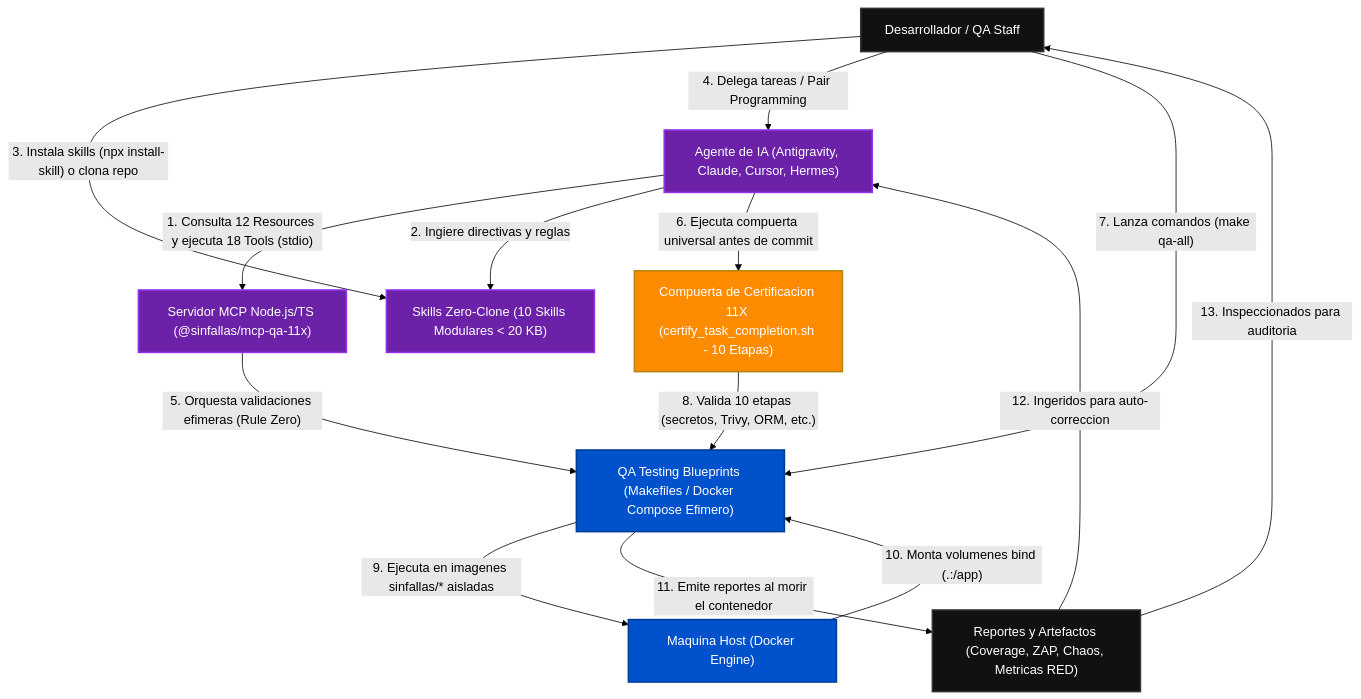
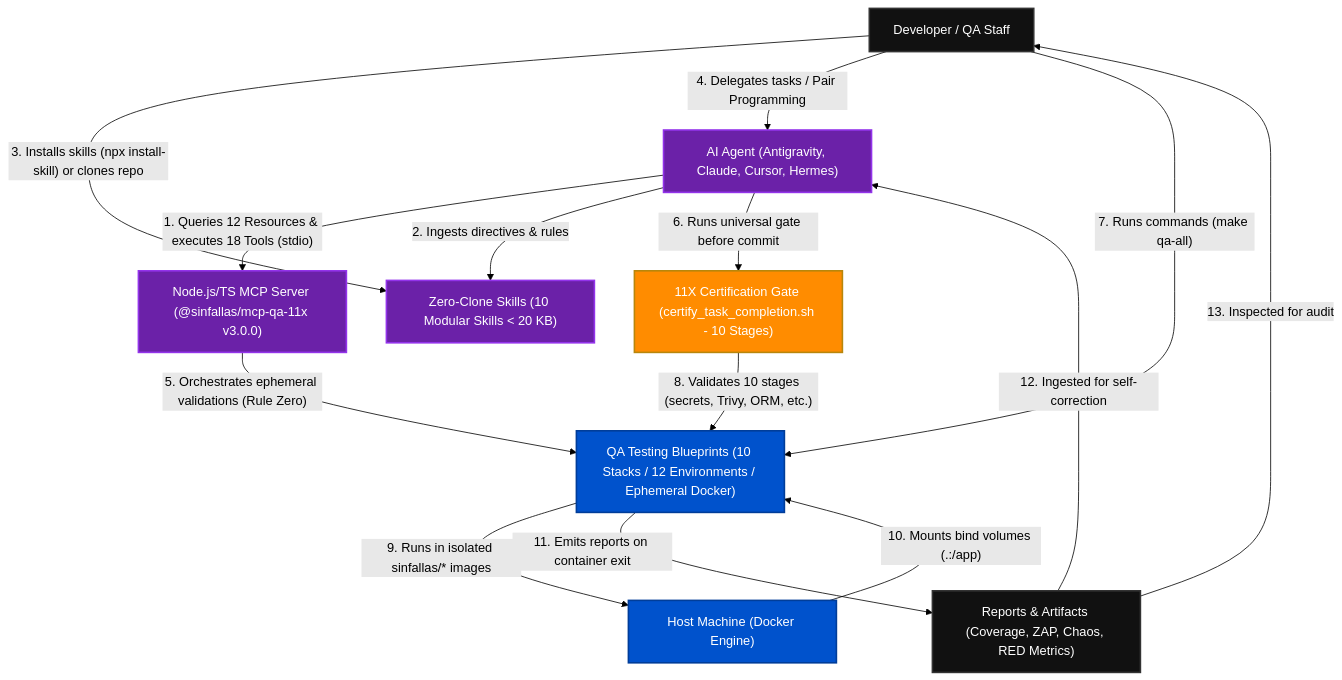
One commit to tecno-consultores/qa-testing-blueprints changed the first of 3 diagrams in docs/ARCHITECTURE_C4.md. Above: the diagram before and after it, drawn with Mermaid (forest theme). The commit also changed other lines of this file and 104 other files, not shown here.

````diff
--- a/docs/ARCHITECTURE_C4.md
+++ b/docs/ARCHITECTURE_C4.md
@@ -10,33 +12,33 @@
 ```mermaid
 flowchart TD
-    Human["Desarrollador / QA Staff"]
-    Agent["Agente de IA (Antigravity, Claude, Cursor, Hermes)"]
-    MCP["Servidor MCP Node.js/TS (@sinfallas/mcp-qa-11x)"]
-    Skill["Skills Zero-Clone (10 Skills Modulares < 20 KB)"]
-    Gate["Compuerta de Certificacion 11X (certify_task_completion.sh - 10 Etapas)"]
-    QA["QA Testing Blueprints (Makefiles / Docker Compose Efimero)"]
-    Host["Maquina Host (Docker Engine)"]
-    Reports["Reportes y Artefactos (Coverage, ZAP, Chaos, Metricas RED)"]
+    Human["Developer / QA Staff"]
+    Agent["AI Agent (Antigravity, Claude, Cursor, Hermes)"]
+    MCP["Node.js/TS MCP Server (@sinfallas/mcp-qa-11x v3.0.0)"]
+    Skill["Zero-Clone Skills (10 Modular Skills < 20 KB)"]
+    Gate["11X Certification Gate (certify_task_completion.sh - 10 Stages)"]
+    QA["QA Testing Blueprints (10 Stacks / 12 Environments / Ephemeral Docker)"]
+    Host["Host Machine (Docker Engine)"]
+    Reports["Reports & Artifacts (Coverage, ZAP, Chaos, RED Metrics)"]
 
-    Agent -->|"1. Consulta 12 Resources y ejecuta 18 Tools (stdio)"| MCP
-    Agent -->|"2. Ingiere directivas y reglas"| Skill
-    Human -->|"3. Instala skills (npx install-skill) o clona repo"| Skill
-    Human -->|"4. Delega tareas / Pair Programming"| Agent
-    MCP -->|"5. Orquesta validaciones efimeras (Rule Zero)"| QA
-    Agent -->|"6. Ejecuta compuerta universal antes de commit"| Gate
-    Human -->|"7. Lanza comandos (make qa-all)"| QA
-    Gate -->|"8. Valida 10 etapas (secretos, Trivy, ORM, etc.)"| QA
-    QA -->|"9. Ejecuta en imagenes sinfallas/* aisladas"| Host
-    Host -->|"10. Monta volumenes bind (.:/app)"| QA
-    QA -->|"11. Emite reportes al morir el contenedor"| Reports
-    Reports -->|"12. Ingeridos para auto-correccion"| Agent
-    Reports -->|"13. Inspeccionados para auditoria"| Human
+    Agent -->|"1. Queries 12 Resources & executes 18 Tools (stdio)"| MCP
+    Agent -->|"2. Ingests directives & rules"| Skill
+    Human -->|"3. Installs skills (npx install-skill) or clones repo"| Skill
+    Human -->|"4. Delegates tasks / Pair Programming"| Agent
+    MCP -->|"5. Orchestrates ephemeral validations (Rule Zero)"| QA
+    Agent -->|"6. Runs universal gate before commit"| Gate
+    Human -->|"7. Runs commands (make qa-all)"| QA
+    Gate -->|"8. Validates 10 stages (secrets, Trivy, ORM, etc.)"| QA
+    QA -->|"9. Runs in isolated sinfallas/* images"| Host
+    Host -->|"10. Mounts bind volumes (.:/app)"| QA
+    QA -->|"11. Emits reports on container exit"| Reports
+    Reports -->|"12. Ingested for self-correction"| Agent
+    Reports -->|"13. Inspected for audit"| Human
 
     classDef default fill:#111,stroke:#333,stroke-width:2px,color:#fff;
     classDef highlight fill:#0052cc,stroke:#003d99,stroke-width:2px,color:#fff;
     classDef barrier fill:#ff8c00,stroke:#b8860b,stroke-width:2px,color:#fff;
     classDef ai fill:#6b21a8,stroke:#9333ea,stroke-width:2px,color:#fff;
     class QA,Host highlight;
     class Gate barrier;
     class Agent,MCP,Skill ai;
 ```
````
